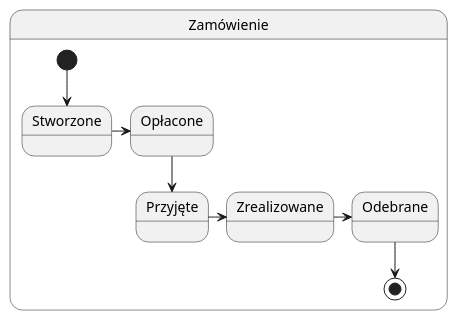
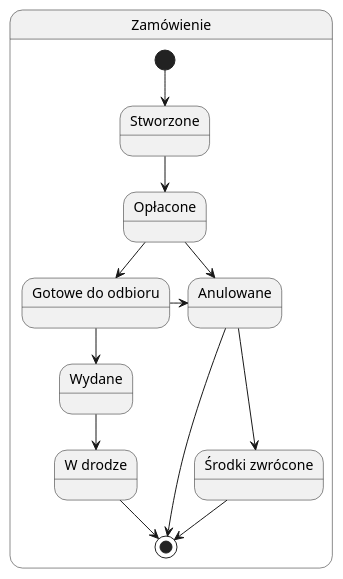
One commit to siudeks/alek-dev changed the fifth of 6 diagrams in 1.puml. Above: the diagram before and after it, drawn with PlantUML. The commit also changed other lines of this file, not shown here.

```diff
--- a/1.puml
+++ b/1.puml
@@ -64,15 +121,22 @@
-@startuml "Stany Zamówienia"
+@startuml "Zadanie 4 Stany Zamówienia"
 state Zamówienie {
     state "Stworzone" as Created
     state "Opłacone" as Payed
-    state "Przyjęte" as Accepted
-    state "Zrealizowane" as Finished
-    state "Odebrane" as Delivered
+    state "Gotowe do odbioru" as Finished
+    state "Wydane" as Issued
+    state "W drodze" as Delivered
+    state "Anulowane" as Cancelled
+    state "Środki zwrócone" as Refunded
     [*] --> Created
-    Created -> Payed
-    Payed --> Accepted
-    Accepted -> Finished
-    Finished -> Delivered
+    Created --> Payed
+    Payed --> Finished
+    Payed -> Cancelled
+    Finished --> Issued
+    Finished -> Cancelled
+    Issued -> Delivered
+    Cancelled ---> Refunded
+    Refunded --> [*]
+    Cancelled --> [*]
     Delivered --> [*]
 }
 @enduml
```
